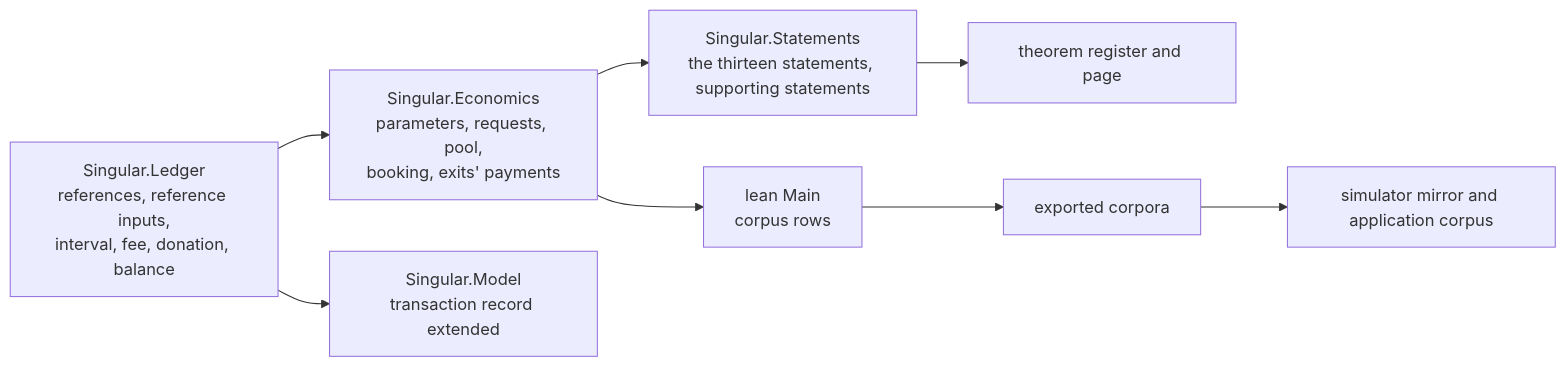
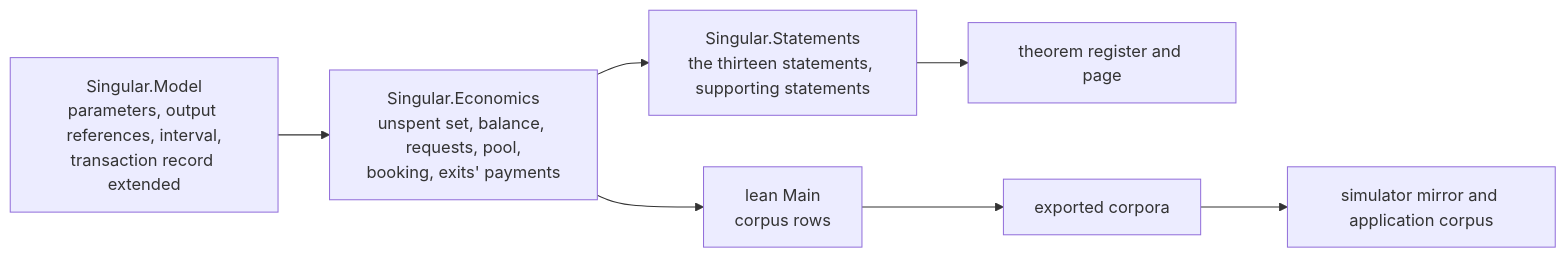
One commit to lambdasistemi/singular changed the diagram in specs/494-protected-rejection-rule/economics-models.md. Above: the diagram before and after it, drawn with Mermaid. The commit also changed other lines of this file and 5 other files, not shown here.

````diff
--- a/specs/494-protected-rejection-rule/economics-models.md
+++ b/specs/494-protected-rejection-rule/economics-models.md
@@ -13,10 +13,9 @@
 ```mermaid
 flowchart LR
-    Ledger[Singular.Ledger<br/>references, reference inputs,<br/>interval, fee, donation, balance] --> Economics[Singular.Economics<br/>parameters, requests, pool,<br/>booking, exits' payments]
+    Model[Singular.Model<br/>parameters, output references, interval,<br/>transaction record extended] --> Economics[Singular.Economics<br/>unspent set, balance, requests, pool,<br/>booking, exits' payments]
     Economics --> Statements[Singular.Statements<br/>the thirteen statements, supporting statements]
-    Ledger --> Model[Singular.Model<br/>transaction record extended]
     Statements --> Register[theorem register and page]
     Economics --> Main[lean Main<br/>corpus rows]
     Main --> Corpus[exported corpora]
     Corpus --> Mirror[simulator mirror and application corpus]
 ```
````
